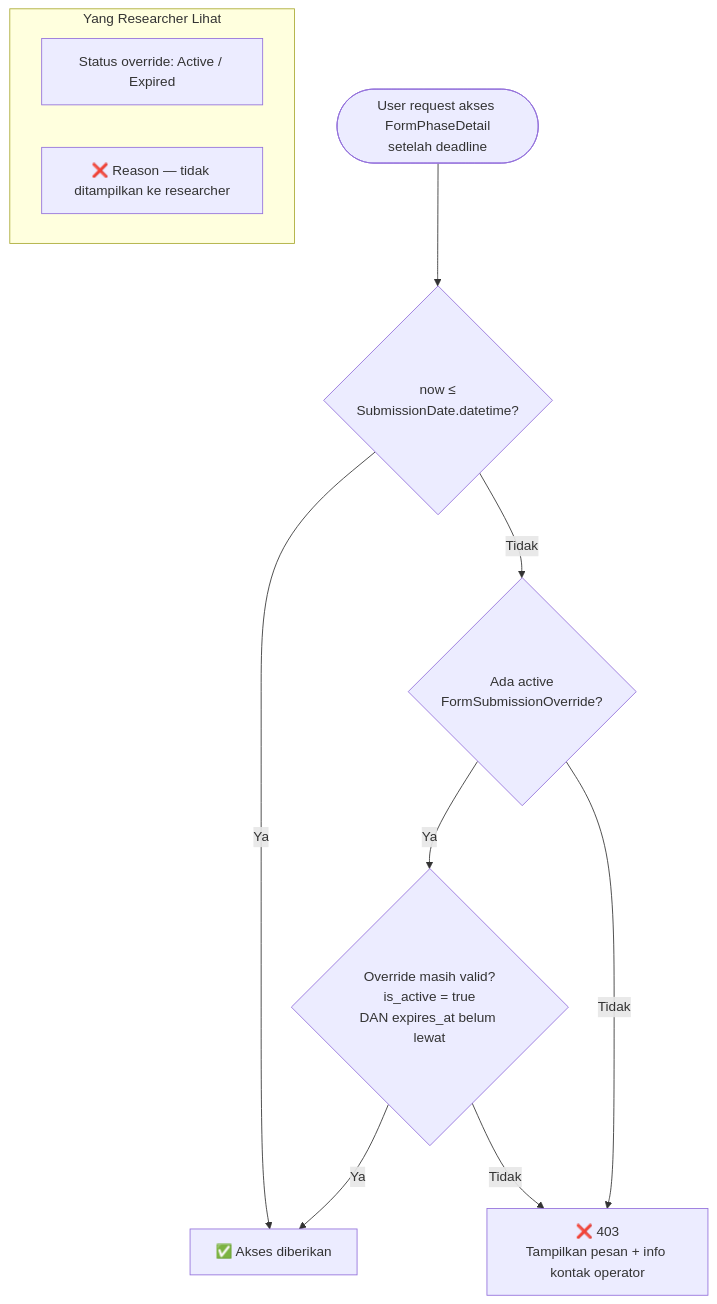
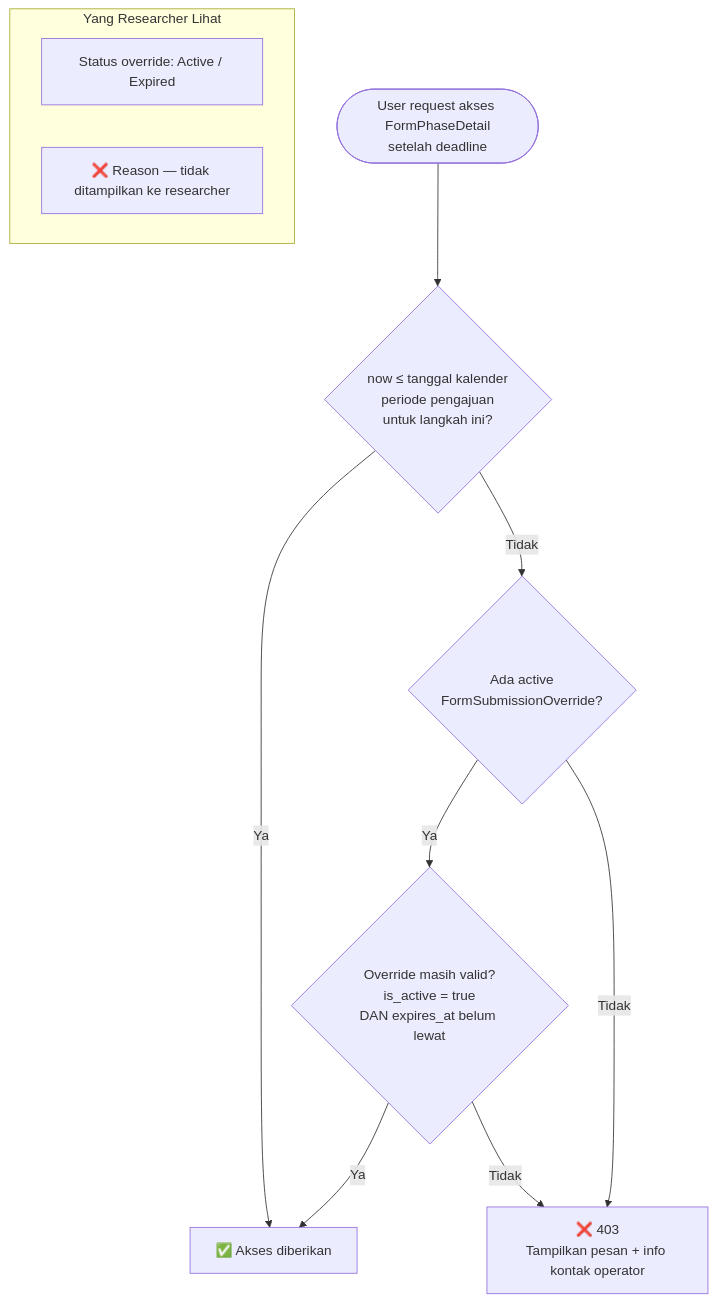
Before and after one commit to nas11ai/sim-kerjasama-itk: the third of 5 diagrams in docs/requirement-analysis/ddd/generic/01_form_engine.md, drawn with Mermaid. The commit also changed other lines of this file and 6 other files, not shown here.

````diff
--- a/docs/requirement-analysis/ddd/generic/01_form_engine.md
+++ b/docs/requirement-analysis/ddd/generic/01_form_engine.md
@@ -51,15 +59,15 @@
 ```mermaid
 flowchart TD
-    START([User request akses FormPhaseDetail<br/>setelah deadline]) --> A{now ≤<br/>SubmissionDate.datetime?}
+    START([User request akses FormPhaseDetail<br/>setelah deadline]) --> A{now ≤ tanggal kalender<br/>periode pengajuan<br/>untuk langkah ini?}
     A -->|Ya| ALLOW[✅ Akses diberikan]
     A -->|Tidak| B{Ada active<br/>FormSubmissionOverride?}
     B -->|Ya| C{Override masih valid?<br/>is_active = true<br/>DAN expires_at belum lewat}
     C -->|Ya| ALLOW
     C -->|Tidak| DENY
     B -->|Tidak| DENY[❌ 403<br/>Tampilkan pesan + info kontak operator]
 
     subgraph RESEARCHER_VIEW["Yang Researcher Lihat"]
         V1[Status override: Active / Expired]
         V2[❌ Reason — tidak ditampilkan ke researcher]
     end
 ```
````
